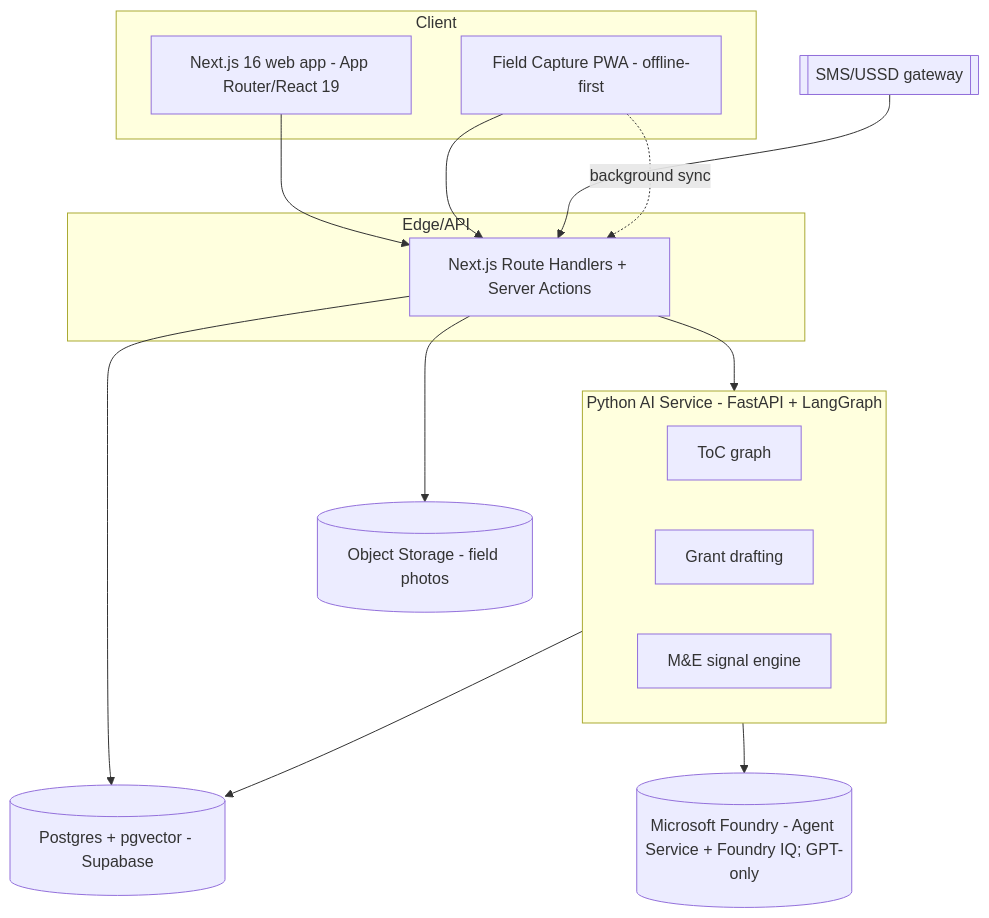
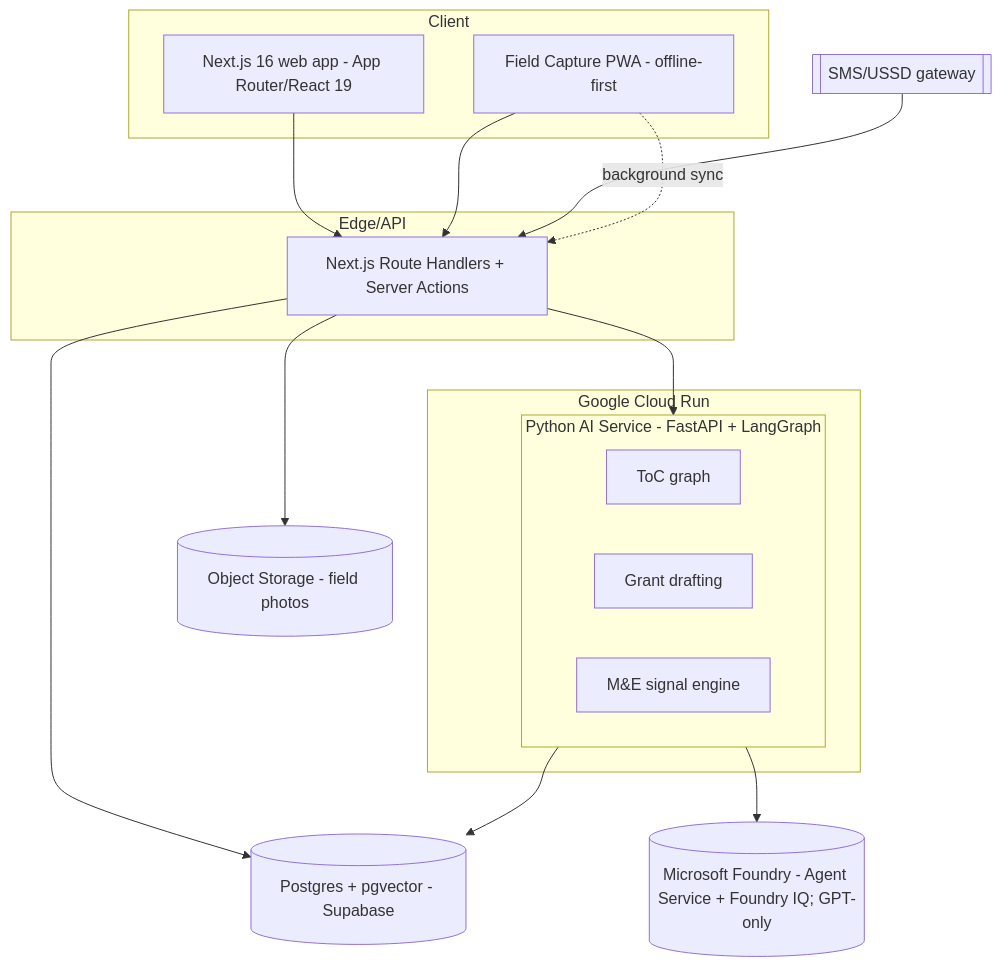
One commit to Axon-Enjin/cc2026 changed the diagram in docs/sdd-ciel.md. Above: the diagram before and after it, drawn with Mermaid. The commit also changed other lines of this file and 18 other files, not shown here.

````diff
--- a/docs/sdd-ciel.md
+++ b/docs/sdd-ciel.md
@@ -34,28 +34,30 @@
 ```mermaid
 graph TD
     subgraph Client
       Web[Next.js 16 web app - App Router/React 19]
       PWA[Field Capture PWA - offline-first]
     end
     SMS[[SMS/USSD gateway]]
     subgraph Edge/API
       RH[Next.js Route Handlers + Server Actions]
     end
-    subgraph AIService[Python AI Service - FastAPI + LangGraph]
-      TOC[ToC graph]
-      GRANT[Grant drafting]
-      MANDE[M&E signal engine]
+    subgraph CloudRun[Google Cloud Run]
+      subgraph AIService[Python AI Service - FastAPI + LangGraph]
+        TOC[ToC graph]
+        GRANT[Grant drafting]
+        MANDE[M&E signal engine]
+      end
     end
     Foundry[(Microsoft Foundry - Agent Service + Foundry IQ; GPT-only)]
     DB[(Postgres + pgvector - Supabase)]
     OBJ[(Object Storage - field photos)]
     Web --> RH
     PWA --> RH
     SMS --> RH
     RH --> DB
     RH --> AIService
     PWA -. background sync .-> RH
     AIService --> Foundry
     AIService --> DB
     RH --> OBJ
 ```
````
